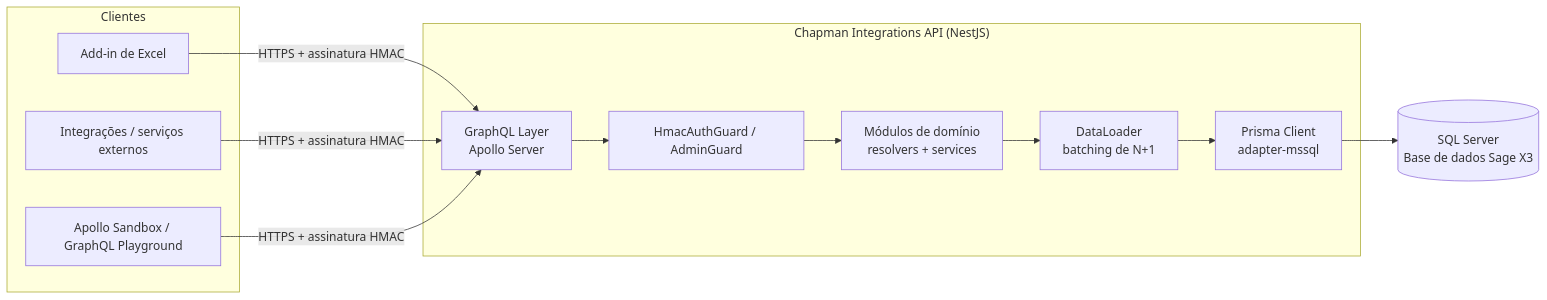
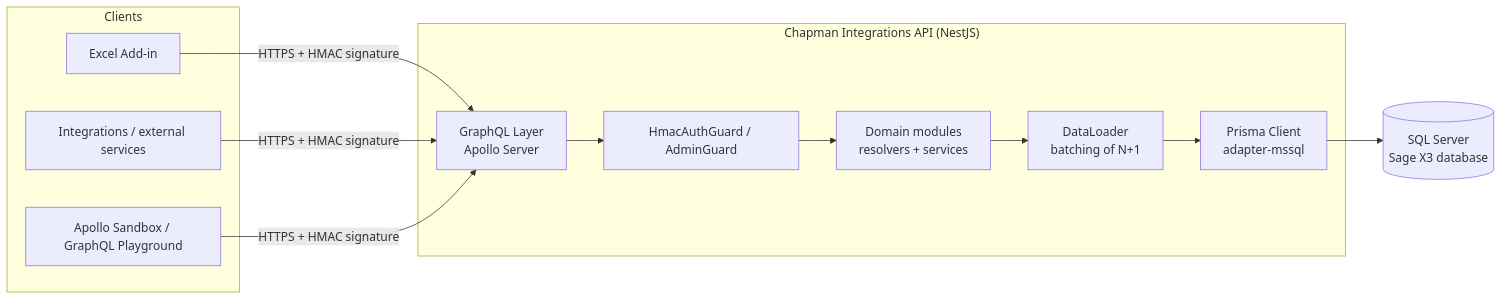
One commit to joserobertoferreira/api-graphql-x3-chapman changed the diagram in docs/index.md. Above: the diagram before and after it, drawn with Mermaid. The commit also changed other lines of this file and 59 other files, not shown here.

````diff
--- a/docs/index.md
+++ b/docs/index.md
@@ -17,25 +17,25 @@
 ```mermaid
 flowchart LR
-    subgraph Clientes
-        A[Add-in de Excel]
-        B[Integrações / serviços externos]
+    subgraph Clients
+        A[Excel Add-in]
+        B[Integrations / external services]
         C[Apollo Sandbox / GraphQL Playground]
     end
 
     subgraph API["Chapman Integrations API (NestJS)"]
         G[GraphQL Layer<br/>Apollo Server]
         AUTH[HmacAuthGuard / AdminGuard]
-        MOD[Módulos de domínio<br/>resolvers + services]
-        DL[DataLoader<br/>batching de N+1]
+        MOD[Domain modules<br/>resolvers + services]
+        DL[DataLoader<br/>batching of N+1]
         PRISMA[Prisma Client<br/>adapter-mssql]
     end
 
-    DB[(SQL Server<br/>Base de dados Sage X3)]
+    DB[(SQL Server<br/>Sage X3 database)]
 
-    A -- HTTPS + assinatura HMAC --> G
-    B -- HTTPS + assinatura HMAC --> G
-    C -- HTTPS + assinatura HMAC --> G
+    A -- HTTPS + HMAC signature --> G
+    B -- HTTPS + HMAC signature --> G
+    C -- HTTPS + HMAC signature --> G
     G --> AUTH --> MOD
     MOD --> DL --> PRISMA
     PRISMA --> DB
 ```
````
